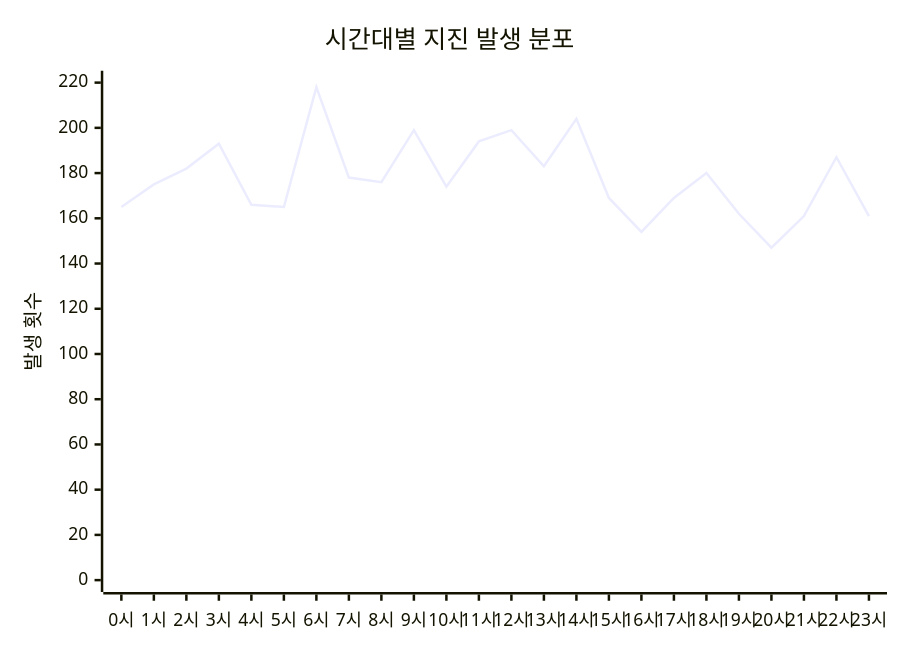
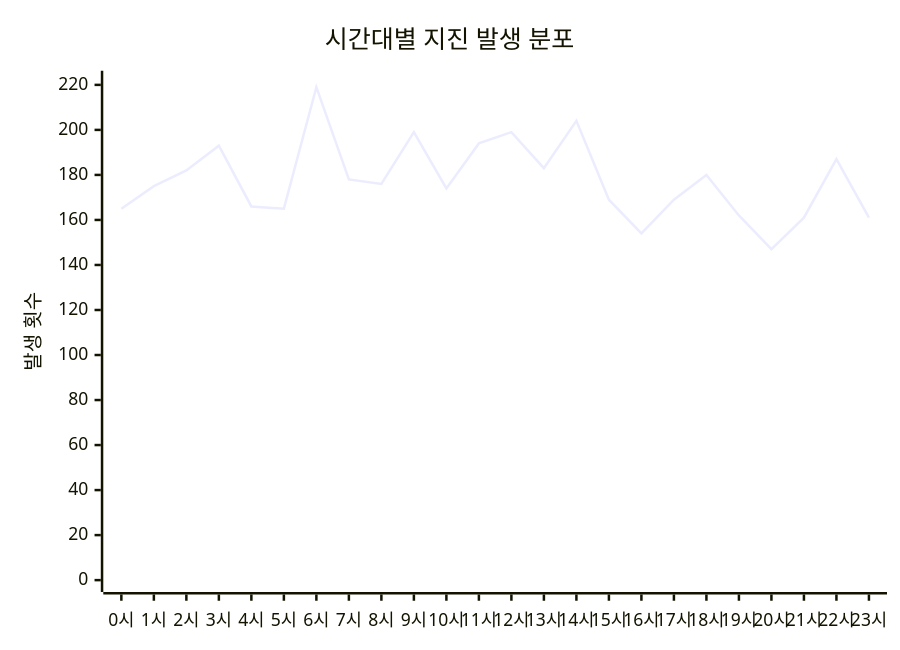
One commit to serendip811/japan-eq changed the diagram in charts/time-chart.md. Above: the diagram before and after it, drawn with Mermaid. The commit also changed other lines of this file and 5 other files, not shown here.

Commit message:
Update earthquake data and charts Sat May 23 06:57:01 UTC 2026

````diff
--- a/charts/time-chart.md
+++ b/charts/time-chart.md
@@ -3,7 +3,7 @@
 ```mermaid
 xychart-beta
     title "시간대별 지진 발생 분포"
     x-axis ["0시", "1시", "2시", "3시", "4시", "5시", "6시", "7시", "8시", "9시", "10시", "11시", "12시", "13시", "14시", "15시", "16시", "17시", "18시", "19시", "20시", "21시", "22시", "23시"]
-    y-axis "발생 횟수" 0 --> 220
-    line [165, 175, 182, 193, 166, 165, 218, 178, 176, 199, 174, 194, 199, 183, 204, 169, 154, 169, 180, 162, 147, 161, 187, 161]
+    y-axis "발생 횟수" 0 --> 221
+    line [165, 175, 182, 193, 166, 165, 219, 178, 176, 199, 174, 194, 199, 183, 204, 169, 154, 169, 180, 162, 147, 161, 187, 161]
 ```
````
